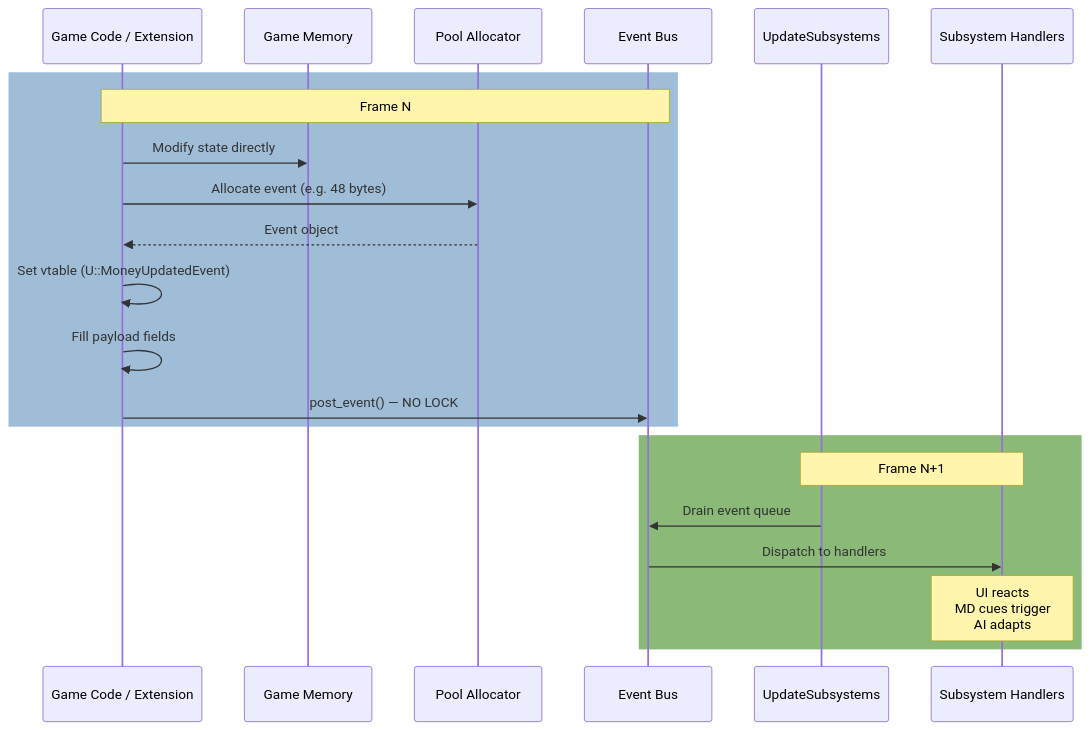
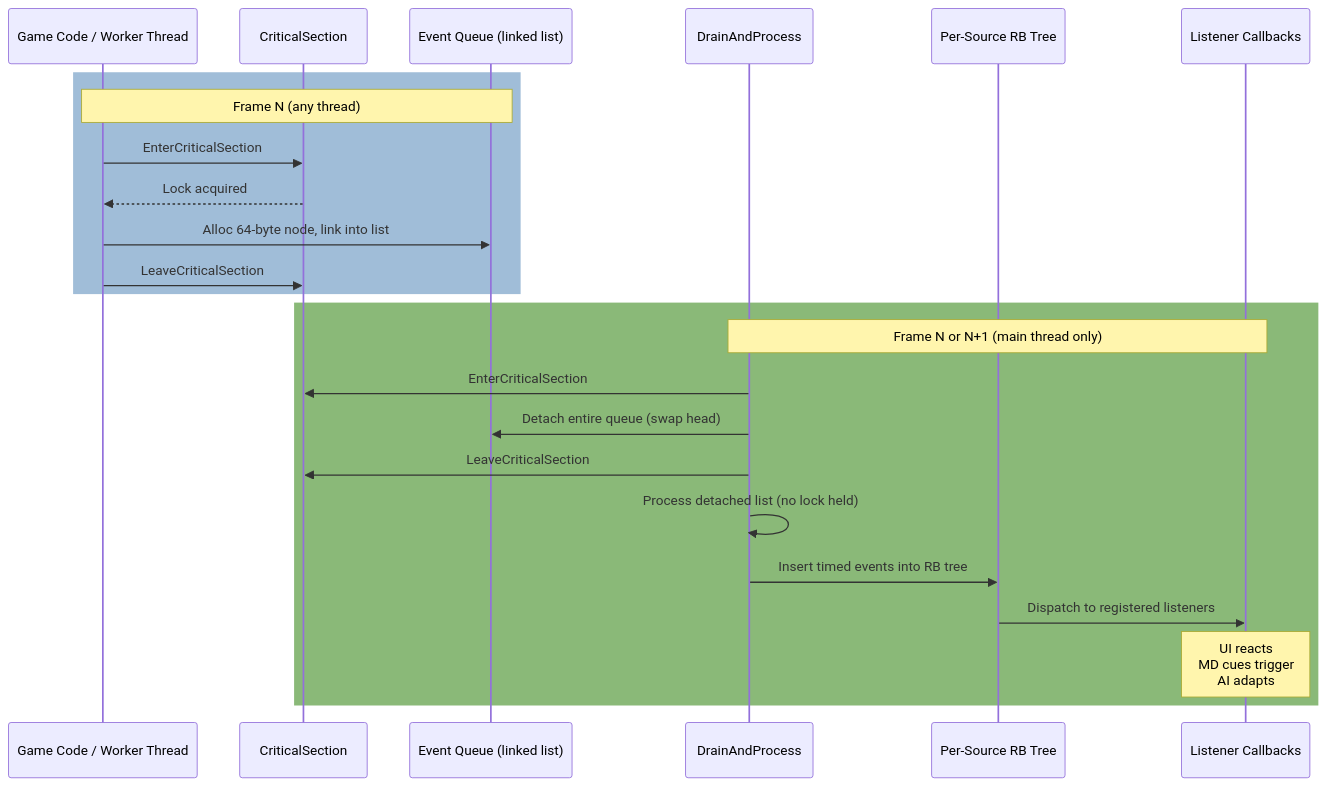
One commit to eg3r/X4Native changed the sixth of 8 diagrams in docs/rev/SUBSYSTEMS.md. Above: the diagram before and after it, drawn with Mermaid. The commit also changed other lines of this file and 13 other files, not shown here.

````diff
--- a/docs/rev/SUBSYSTEMS.md
+++ b/docs/rev/SUBSYSTEMS.md
@@ -381,26 +478,28 @@
 ```mermaid
 sequenceDiagram
-    participant CODE as Game Code / Extension
-    participant MEM as Game Memory
-    participant ALLOC as Pool Allocator
-    participant BUS as Event Bus
-    participant SU as UpdateSubsystems
-    participant SUB as Subsystem Handlers
+    participant CODE as Game Code / Worker Thread
+    participant CS as CriticalSection
+    participant QUEUE as Event Queue (linked list)
+    participant DRAIN as DrainAndProcess
+    participant TREE as Per-Source RB Tree
+    participant SUB as Listener Callbacks
 
     rect rgb(160, 189, 216)
-    Note over CODE,BUS: Frame N
-    CODE->>MEM: Modify state directly
-    CODE->>ALLOC: Allocate event (e.g. 48 bytes)
-    ALLOC-->>CODE: Event object
-    CODE->>CODE: Set vtable (U::MoneyUpdatedEvent)
-    CODE->>CODE: Fill payload fields
-    CODE->>BUS: post_event() — NO LOCK
+    Note over CODE,QUEUE: Frame N (any thread)
+    CODE->>CS: EnterCriticalSection
+    CS-->>CODE: Lock acquired
+    CODE->>QUEUE: Alloc 64-byte node, link into list
+    CODE->>CS: LeaveCriticalSection
     end
 
     rect rgb(138, 185, 120)
-    Note over SU,SUB: Frame N+1
-    SU->>BUS: Drain event queue
-    BUS->>SUB: Dispatch to handlers
+    Note over DRAIN,SUB: Frame N or N+1 (main thread only)
+    DRAIN->>CS: EnterCriticalSection
+    DRAIN->>QUEUE: Detach entire queue (swap head)
+    DRAIN->>CS: LeaveCriticalSection
+    DRAIN->>DRAIN: Process detached list (no lock held)
+    DRAIN->>TREE: Insert timed events into RB tree
+    TREE->>SUB: Dispatch to registered listeners
     Note over SUB: UI reacts<br/>MD cues trigger<br/>AI adapts
     end
 ```
````
